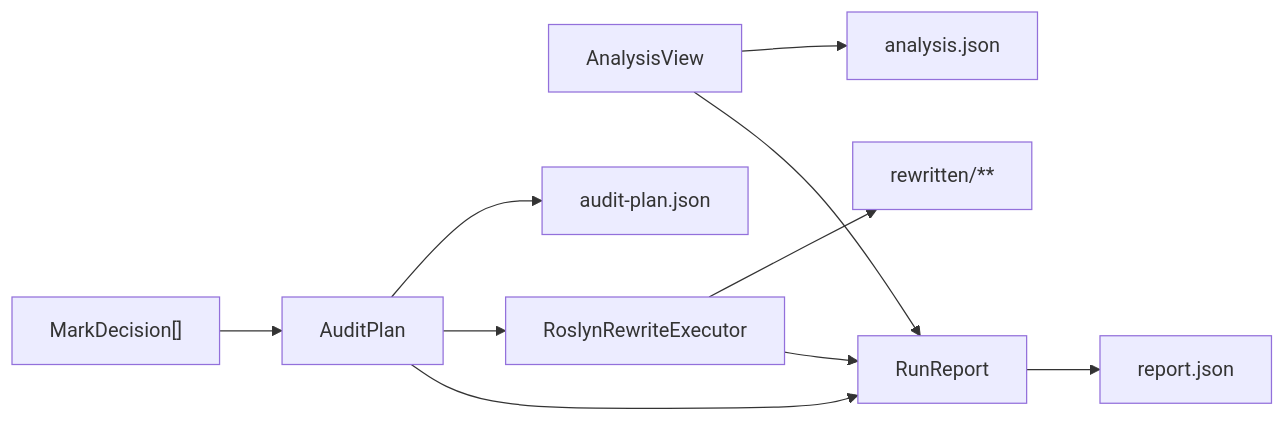
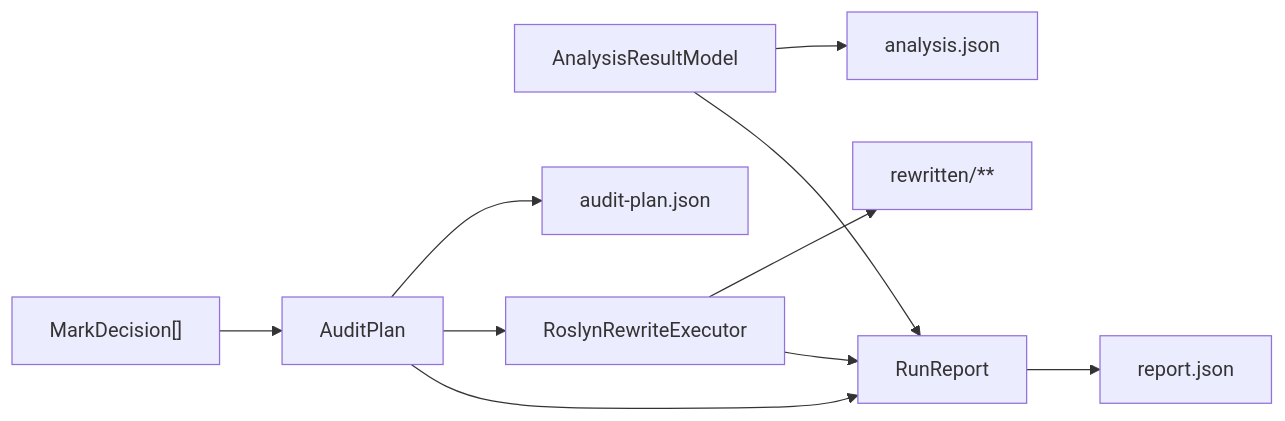
The diagram in dome/docs/artifacts.md (NonlinearLearning/TerrariaTools), drawn with Mermaid before and after one commit. The commit also changed other lines of this file and 51 other files, not shown here.

````diff
--- a/dome/docs/artifacts.md
+++ b/dome/docs/artifacts.md
@@ -195,12 +195,12 @@
 ```mermaid
 flowchart LR
-    ANALYSIS["AnalysisView"] --> A["analysis.json"]
+    ANALYSIS["AnalysisResultModel"] --> A["analysis.json"]
     DECISIONS["MarkDecision[]"] --> PLAN["AuditPlan"]
     PLAN --> P["audit-plan.json"]
     PLAN --> REWRITE["RoslynRewriteExecutor"]
     REWRITE --> R["rewritten/**"]
     ANALYSIS --> REPORT["RunReport"]
     PLAN --> REPORT
     REWRITE --> REPORT
     REPORT --> J["report.json"]
 ```
````
